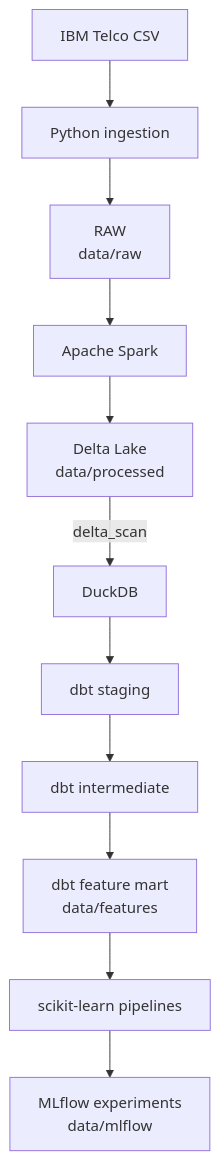
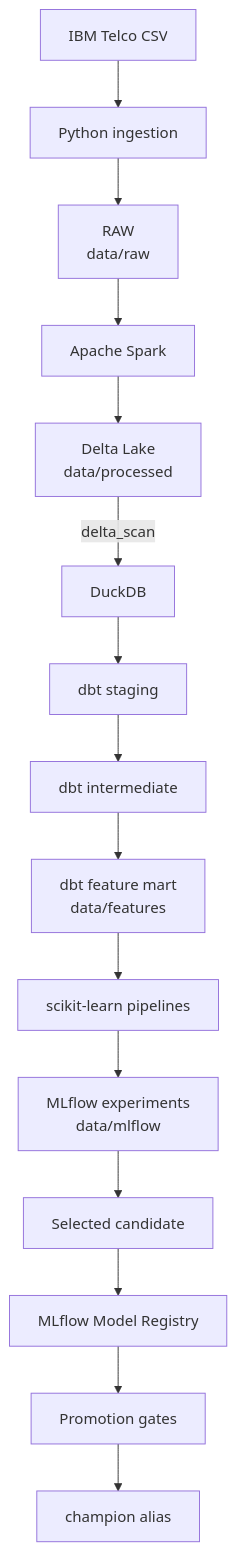
One commit to CerenDc/mlops-customer-churn-platform changed the diagram in README.md. Above: the diagram before and after it, drawn with Mermaid. The commit also changed other lines of this file and 7 other files, not shown here.

Commit message:
feat: add MLflow model registry and promotion lifecycle

````diff
--- a/README.md
+++ b/README.md
@@ -25,13 +25,17 @@
 ```mermaid
 flowchart TD
     A[IBM Telco CSV] --> B[Python ingestion]
     B --> C[RAW<br/>data/raw]
     C --> D[Apache Spark]
     D --> E[Delta Lake<br/>data/processed]
     E -->|delta_scan| F[DuckDB]
     F --> G[dbt staging]
     G --> H[dbt intermediate]
     H --> I[dbt feature mart<br/>data/features]
     I --> J[scikit-learn pipelines]
     J --> K[MLflow experiments<br/>data/mlflow]
+    K --> L[Selected candidate]
+    L --> M[MLflow Model Registry]
+    M --> N[Promotion gates]
+    N --> O[champion alias]
 ```
````
